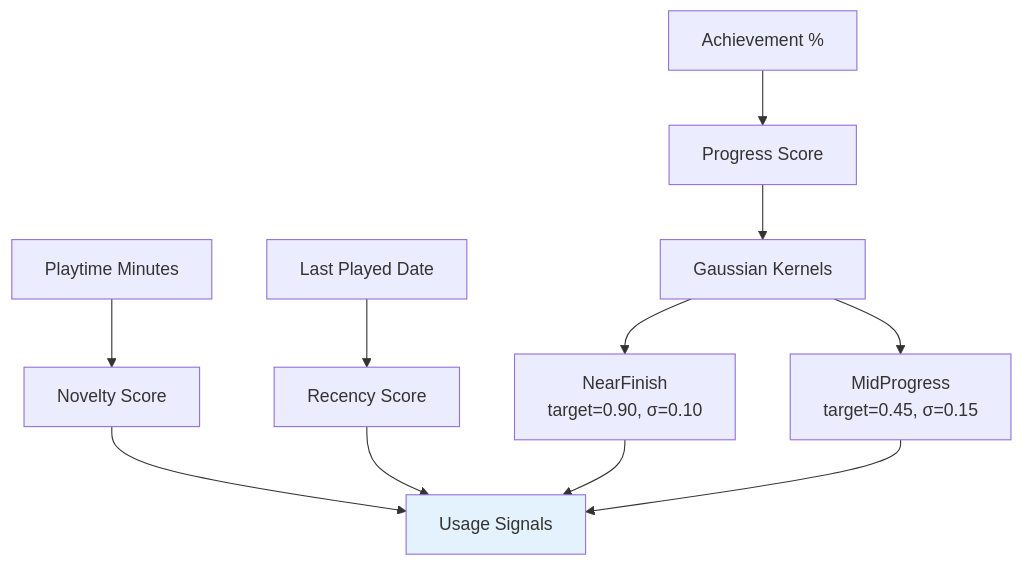
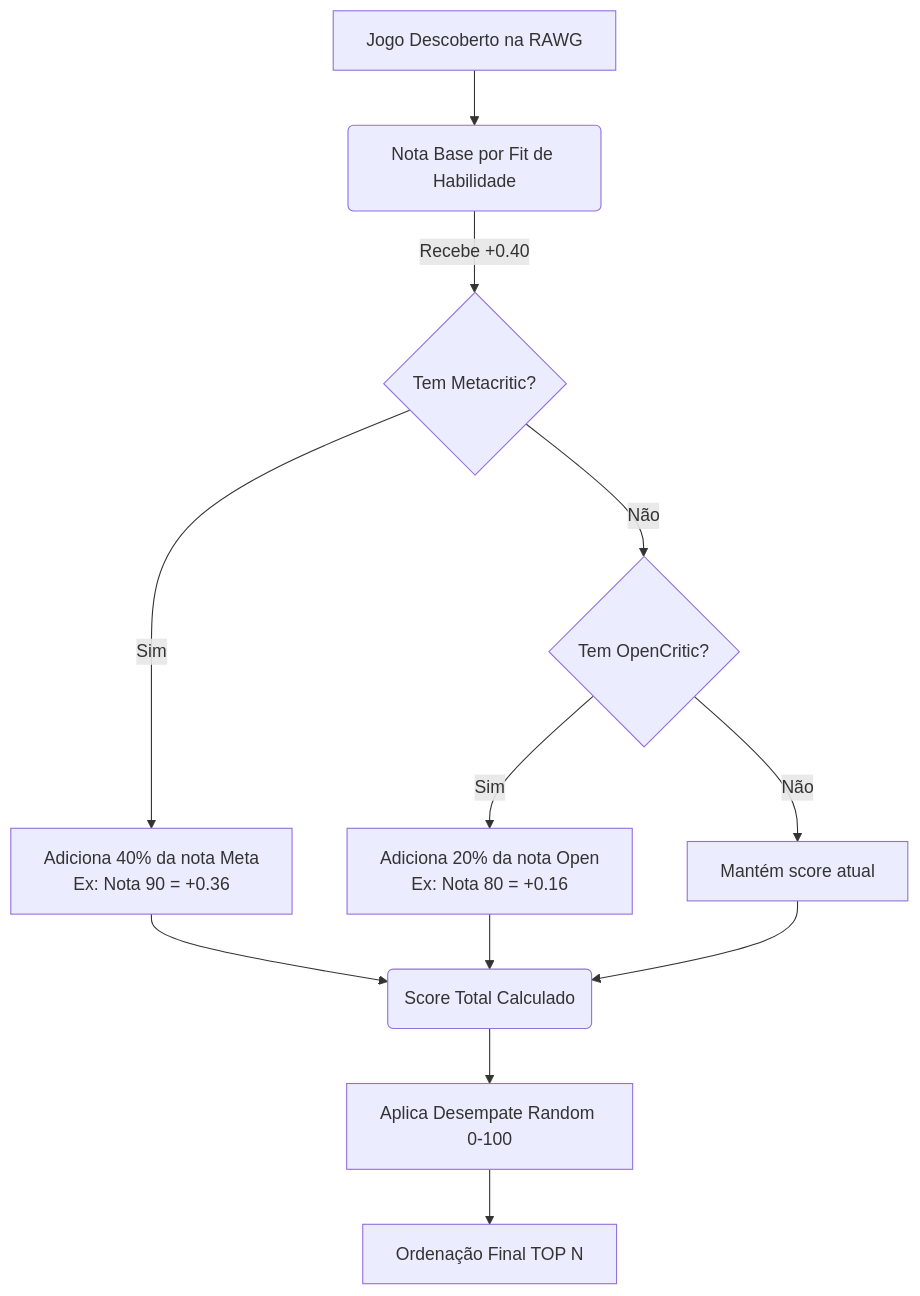
Before and after one commit to AdleyRodrigues/NextPlay: the diagram in diagramas/algoritmo-ranqueamento.md, drawn with Mermaid. The commit also changed other lines of this file and 50 other files, not shown here.

````diff
--- a/diagramas/algoritmo-ranqueamento.md
+++ b/diagramas/algoritmo-ranqueamento.md
@@ -75,17 +42,18 @@
 ```mermaid
-graph TD
-    A[Playtime Minutes] --> B[Novelty Score]
-    C[Last Played Date] --> D[Recency Score]
-    E[Achievement %] --> F[Progress Score]
+flowchart TD
+    A[Jogo Descoberto na RAWG] --> B(Nota Base por Fit de Habilidade)
+    B -->|Recebe +0.40| C{Tem Metacritic?}
     
-    F --> G[Gaussian Kernels]
-    G --> H[NearFinish<br/>target=0.90, σ=0.10]
-    G --> I[MidProgress<br/>target=0.45, σ=0.15]
+    C -- Sim --> D[Adiciona 40% da nota Meta\nEx: Nota 90 = +0.36]
+    C -- Não --> E{Tem OpenCritic?}
     
-    B --> J[Usage Signals]
-    D --> J
-    H --> J
-    I --> J
+    E -- Sim --> F[Adiciona 20% da nota Open\nEx: Nota 80 = +0.16]
+    E -- Não --> G[Mantém score atual]
     
-    style J fill:#e3f2fd
+    D --> H(Score Total Calculado)
+    F --> H
+    G --> H
+    
+    H --> I[Aplica Desempate Random 0-100]
+    I --> J[Ordenação Final TOP N]
 ```
````
